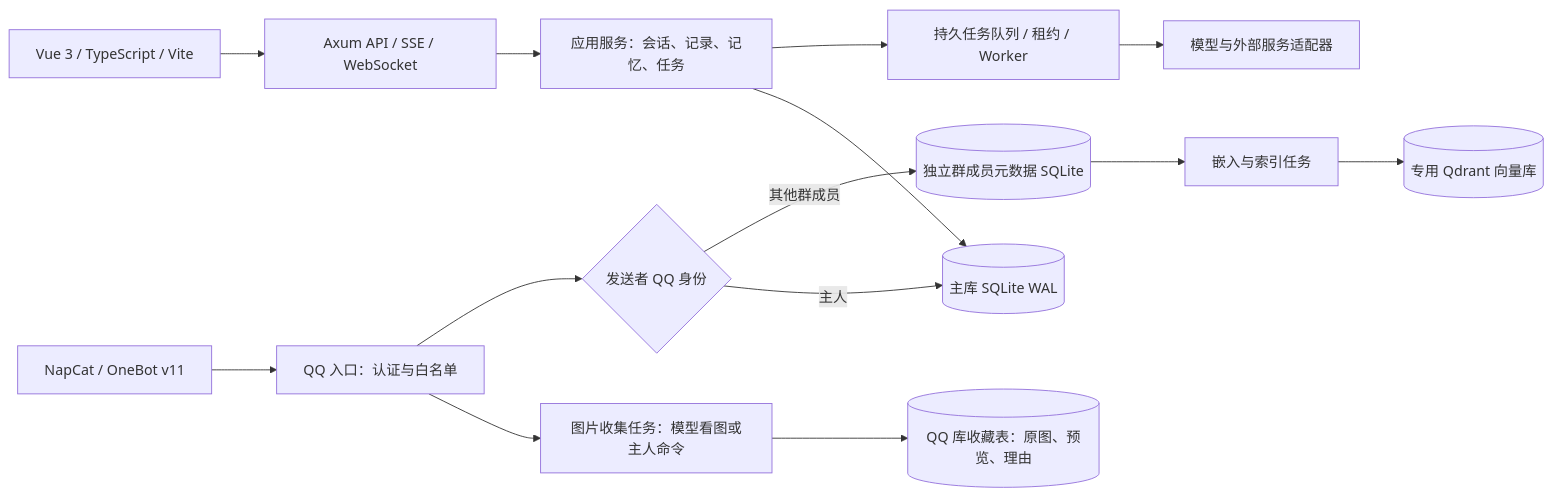
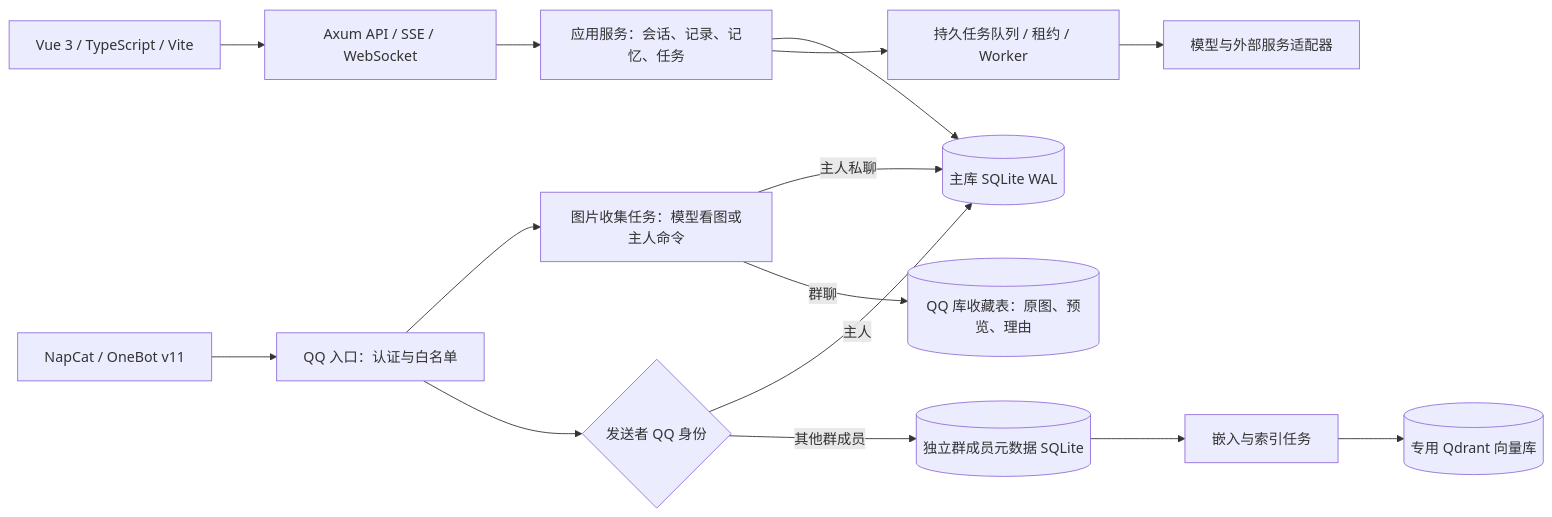
The diagram in docs/Rust-Vue架构.md (lantianxiadejiyuyun/lingxi_aibot), drawn with Mermaid before and after one commit. The commit also changed other lines of this file and 19 other files, not shown here.

````diff
--- a/docs/Rust-Vue架构.md
+++ b/docs/Rust-Vue架构.md
@@ -7,16 +7,17 @@
 ```mermaid
 flowchart LR
     V[Vue 3 / TypeScript / Vite] --> A[Axum API / SSE / WebSocket]
     A --> S[应用服务：会话、记录、记忆、任务]
     S --> M[(主库 SQLite WAL)]
     S --> W[持久任务队列 / 租约 / Worker]
     W --> P[模型与外部服务适配器]
     N[NapCat / OneBot v11] --> Q[QQ 入口：认证与白名单]
     Q --> C[图片收集任务：模型看图或主人命令]
-    C --> B[(QQ 库收藏表：原图、预览、理由)]
+    C -->|主人私聊| M
+    C -->|群聊| B[(QQ 库收藏表：原图、预览、理由)]
     Q --> I{发送者 QQ 身份}
     I -->|主人| M
     I -->|其他群成员| R[(独立群成员元数据 SQLite)]
     R --> X[嵌入与索引任务]
     X --> D[(专用 Qdrant 向量库)]
 ```
````
